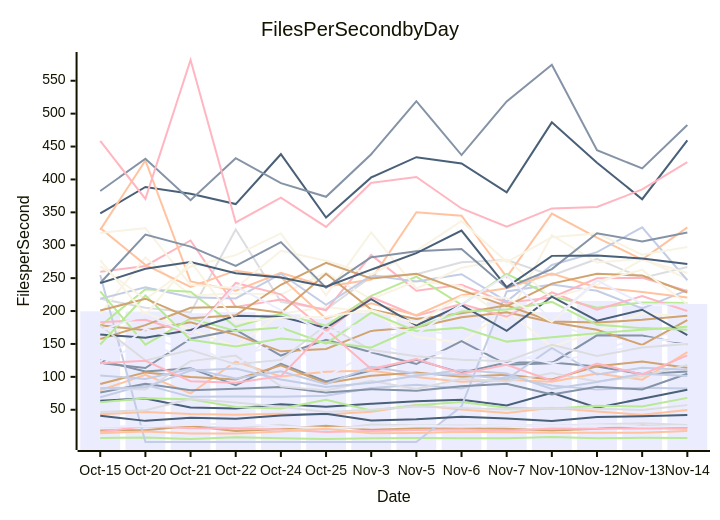
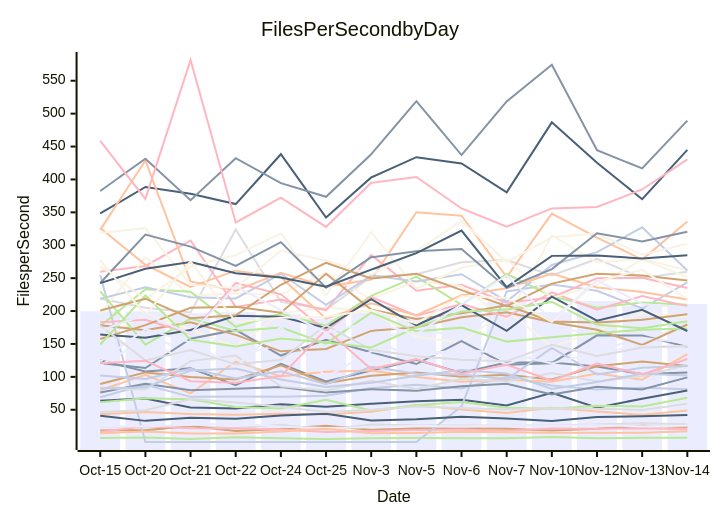
The diagram in perf-report.md (streetsidesoftware/cspell), drawn with Mermaid before and after one commit. The commit also changed other lines of this file and 2 other files, not shown here.

````diff
--- a/perf-report.md
+++ b/perf-report.md
@@ -11,57 +11,57 @@
 ```mermaid
 xychart-beta
     title Files Per Second by Day
     y-axis Files per Second
     x-axis Date [Oct-15, Oct-20, Oct-21, Oct-22, Oct-24, Oct-25, Nov-3, Nov-5, Nov-6, Nov-7, Nov-10, Nov-12, Nov-13, Nov-14]
-    bar [199.65, 199.37, 196.79, 198.31, 195.08, 188.50, 197.53, 191.30, 204.37, 213.67, 198.26, 215.23, 208.25, 210.70]
-    line [125.12, 108.27, 113.06, 87.44, 119.66, 93.04, 109.58, 126.12, 106.10, 121.67, 121.71, 115.58, 104.23, 108.00]
-    line [43.09, 46.53, 43.54, 42.59, 43.99, 42.66, 46.86, 57.12, 50.26, 44.96, 52.89, 47.17, 42.40, 49.65]
-    line [23.71, 23.43, 25.33, 21.92, 27.33, 19.75, 27.62, 26.37, 26.13, 26.22, 26.38, 27.41, 29.67, 26.79]
-    line [7.26, 7.96, 5.55, 8.36, 6.66, 5.63, 6.55, 6.95, 6.80, 6.70, 8.74, 6.68, 7.36, 6.93]
-    line [18.63, 18.81, 25.32, 17.74, 20.58, 25.51, 19.46, 21.60, 21.45, 21.30, 18.35, 21.09, 25.51, 22.98]
-    line [69.05, 88.06, 69.61, 70.25, 69.88, 71.42, 83.10, 87.87, 82.40, 100.31, 86.94, 80.60, 83.49, 82.39]
-    line [16.04, 25.16, 22.03, 21.51, 20.05, 16.33, 17.58, 19.22, 19.85, 18.09, 21.66, 21.06, 21.89, 20.95]
-    line [63.75, 67.15, 53.54, 51.87, 58.31, 54.40, 59.05, 63.00, 65.34, 56.44, 75.90, 53.22, 66.88, 80.38]
-    line [155.07, 196.36, 171.90, 145.85, 195.93, 206.22, 198.17, 161.08, 151.81, 202.09, 145.44, 169.46, 196.60, 191.52]
-    line [141.67, 160.22, 141.81, 166.38, 141.94, 145.19, 156.42, 171.45, 162.38, 206.93, 182.01, 158.84, 156.97, 172.39]
-    line [121.12, 113.50, 158.05, 171.36, 132.38, 156.15, 137.28, 119.47, 154.44, 118.56, 120.82, 163.18, 162.73, 149.34]
-    line [79.59, 103.01, 74.73, 123.30, 100.60, 107.93, 109.66, 99.65, 92.58, 95.73, 92.52, 104.99, 95.65, 137.55]
-    line [218.85, 204.99, 197.92, 323.88, 213.93, 202.52, 252.23, 256.11, 274.23, 277.54, 254.29, 279.19, 250.20, 267.06]
-    line [61.33, 67.41, 66.13, 54.31, 52.03, 65.25, 49.02, 56.78, 61.66, 53.00, 51.36, 56.25, 54.79, 68.05]
-    line [89.22, 106.77, 99.95, 95.97, 117.43, 90.38, 101.68, 106.46, 99.98, 103.28, 96.07, 116.03, 123.18, 113.91]
-    line [254.89, 1.00, 1.00, 1.00, 1.00, 1.00, 1.00, 1.00, 55.24, 229.88, 240.51, 230.78, 203.89, 231.87]
-    line [259.65, 268.53, 307.28, 206.33, 217.49, 201.10, 285.18, 230.89, 239.86, 212.69, 220.64, 249.81, 250.50, 230.64]
-    line [348.28, 388.55, 378.31, 362.57, 438.35, 342.13, 403.12, 433.88, 424.28, 380.40, 486.76, 425.45, 369.94, 459.37]
-    line [195.94, 281.48, 223.48, 226.53, 225.12, 258.41, 217.89, 245.63, 237.62, 186.76, 315.24, 273.68, 279.33, 249.33]
-    line [117.74, 156.35, 121.08, 131.79, 149.18, 160.21, 154.52, 129.77, 140.65, 119.71, 140.68, 139.42, 159.42, 152.41]
-    line [76.22, 89.41, 79.60, 82.04, 84.51, 76.34, 81.22, 78.86, 85.82, 89.51, 73.32, 84.82, 80.81, 104.71]
-    line [323.42, 429.01, 245.01, 230.93, 258.25, 236.94, 247.84, 350.22, 344.89, 251.52, 348.16, 311.63, 278.27, 327.24]
-    line [82.69, 80.94, 123.93, 132.34, 85.53, 79.17, 93.87, 81.75, 97.21, 92.97, 105.80, 92.86, 100.80, 118.18]
-    line [177.43, 233.06, 229.37, 176.10, 196.37, 177.90, 223.12, 252.36, 209.33, 256.35, 222.55, 205.03, 213.07, 212.24]
-    line [178.30, 170.91, 182.97, 163.77, 138.75, 142.39, 169.82, 175.50, 190.52, 198.14, 183.09, 171.50, 148.66, 186.30]
-    line [218.73, 236.08, 220.88, 219.16, 256.62, 209.53, 254.06, 244.83, 256.05, 214.61, 270.08, 289.61, 327.30, 246.84]
-    line [183.07, 186.73, 165.39, 242.72, 225.43, 169.80, 221.29, 193.06, 210.68, 191.30, 228.42, 202.21, 222.67, 200.11]
-    line [40.77, 33.11, 37.81, 36.24, 41.43, 44.03, 33.69, 35.67, 39.33, 36.78, 32.79, 39.05, 40.14, 41.95]
-    line [268.24, 217.93, 267.67, 285.04, 317.95, 223.78, 319.42, 234.42, 265.85, 278.09, 219.92, 239.43, 278.17, 257.79]
-    line [24.25, 24.95, 26.96, 29.32, 24.14, 22.37, 23.30, 25.53, 24.38, 26.29, 26.08, 26.42, 24.81, 24.76]
-    line [382.49, 431.43, 368.45, 432.30, 394.44, 373.62, 438.31, 518.91, 437.11, 518.64, 574.29, 444.36, 416.74, 482.89]
-    line [326.19, 270.15, 236.87, 261.40, 251.33, 188.47, 211.71, 193.66, 223.97, 234.72, 257.12, 235.87, 229.04, 220.58]
-    line [46.67, 49.27, 66.25, 61.14, 54.40, 46.46, 50.11, 54.79, 52.56, 50.32, 52.20, 51.35, 49.71, 57.04]
-    line [229.89, 148.98, 188.53, 169.56, 175.04, 150.51, 197.71, 169.15, 174.81, 153.55, 160.37, 166.32, 171.57, 176.33]
-    line [157.56, 178.54, 204.92, 206.57, 197.43, 256.60, 202.25, 187.81, 196.52, 208.74, 184.16, 182.55, 186.64, 192.74]
-    line [102.09, 96.85, 112.31, 97.68, 108.35, 88.82, 115.43, 104.61, 103.62, 96.31, 144.08, 103.66, 113.77, 110.72]
-    line [458.46, 370.45, 581.53, 334.74, 372.46, 327.93, 394.96, 403.82, 355.89, 328.31, 356.02, 358.21, 384.78, 426.26]
-    line [164.40, 159.49, 171.10, 192.78, 191.37, 174.29, 217.96, 178.42, 209.10, 170.02, 221.91, 185.33, 201.98, 163.41]
-    line [318.79, 326.00, 239.93, 235.04, 291.68, 276.40, 255.29, 291.36, 336.81, 274.44, 312.01, 318.04, 285.73, 297.26]
-    line [123.48, 172.40, 152.34, 114.90, 176.25, 99.39, 139.03, 134.52, 140.79, 136.42, 120.17, 137.59, 146.37, 150.65]
-    line [242.67, 316.16, 297.94, 268.60, 304.78, 235.63, 281.78, 290.77, 294.19, 235.16, 263.73, 318.29, 305.89, 319.28]
-    line [14.11, 17.05, 13.85, 14.03, 17.10, 21.05, 14.31, 14.75, 16.57, 15.81, 15.06, 15.24, 15.00, 17.72]
-    line [177.89, 125.02, 140.68, 119.01, 125.81, 178.69, 141.07, 131.24, 125.88, 123.88, 148.80, 131.70, 144.48, 150.06]
-    line [149.10, 223.58, 156.27, 146.04, 158.31, 152.20, 144.51, 175.00, 199.16, 202.30, 213.91, 179.15, 174.06, 171.69]
-    line [200.81, 218.77, 189.13, 193.68, 239.98, 273.35, 249.43, 256.58, 231.73, 207.54, 241.66, 256.57, 253.87, 228.22]
-    line [82.72, 84.05, 109.59, 112.56, 95.92, 84.60, 91.01, 101.64, 110.52, 105.15, 81.62, 92.24, 104.72, 101.18]
-    line [120.60, 124.47, 93.34, 91.16, 101.08, 171.93, 111.86, 126.91, 104.86, 118.31, 94.15, 120.34, 103.60, 132.71]
-    line [242.38, 264.24, 274.64, 257.62, 251.09, 236.85, 262.94, 287.92, 322.31, 236.45, 283.86, 284.35, 279.96, 271.41]
-    line [277.21, 193.99, 275.35, 183.43, 189.64, 191.38, 201.59, 181.36, 222.61, 220.01, 183.65, 245.06, 262.64, 210.22]
-    line [170.29, 194.31, 165.66, 237.49, 201.27, 167.00, 183.56, 164.82, 210.07, 254.11, 186.18, 246.80, 210.80, 210.07]
+    bar [199.65, 199.37, 196.79, 198.31, 195.08, 188.50, 197.53, 191.30, 204.37, 213.67, 198.26, 215.23, 208.25, 210.82]
+    line [125.12, 108.27, 113.06, 87.44, 119.66, 93.04, 109.58, 126.12, 106.10, 121.67, 121.71, 115.58, 104.23, 106.50]
+    line [43.09, 46.53, 43.54, 42.59, 43.99, 42.66, 46.86, 57.12, 50.26, 44.96, 52.89, 47.17, 42.40, 48.87]
+    line [23.71, 23.43, 25.33, 21.92, 27.33, 19.75, 27.62, 26.37, 26.13, 26.22, 26.38, 27.41, 29.67, 28.01]
+    line [7.26, 7.96, 5.55, 8.36, 6.66, 5.63, 6.55, 6.95, 6.80, 6.70, 8.74, 6.68, 7.36, 7.28]
+    line [18.63, 18.81, 25.32, 17.74, 20.58, 25.51, 19.46, 21.60, 21.45, 21.30, 18.35, 21.09, 25.51, 23.62]
+    line [69.05, 88.06, 69.61, 70.25, 69.88, 71.42, 83.10, 87.87, 82.40, 100.31, 86.94, 80.60, 83.49, 81.08]
+    line [16.04, 25.16, 22.03, 21.51, 20.05, 16.33, 17.58, 19.22, 19.85, 18.09, 21.66, 21.06, 21.89, 20.40]
+    line [63.75, 67.15, 53.54, 51.87, 58.31, 54.40, 59.05, 63.00, 65.34, 56.44, 75.90, 53.22, 66.88, 79.34]
+    line [155.07, 196.36, 171.90, 145.85, 195.93, 206.22, 198.17, 161.08, 151.81, 202.09, 145.44, 169.46, 196.60, 191.20]
+    line [141.67, 160.22, 141.81, 166.38, 141.94, 145.19, 156.42, 171.45, 162.38, 206.93, 182.01, 158.84, 156.97, 177.01]
+    line [121.12, 113.50, 158.05, 171.36, 132.38, 156.15, 137.28, 119.47, 154.44, 118.56, 120.82, 163.18, 162.73, 145.60]
+    line [79.59, 103.01, 74.73, 123.30, 100.60, 107.93, 109.66, 99.65, 92.58, 95.73, 92.52, 104.99, 95.65, 134.65]
+    line [218.85, 204.99, 197.92, 323.88, 213.93, 202.52, 252.23, 256.11, 274.23, 277.54, 254.29, 279.19, 250.20, 259.75]
+    line [61.33, 67.41, 66.13, 54.31, 52.03, 65.25, 49.02, 56.78, 61.66, 53.00, 51.36, 56.25, 54.79, 68.17]
+    line [89.22, 106.77, 99.95, 95.97, 117.43, 90.38, 101.68, 106.46, 99.98, 103.28, 96.07, 116.03, 123.18, 116.39]
+    line [254.89, 1.00, 1.00, 1.00, 1.00, 1.00, 1.00, 1.00, 55.24, 229.88, 240.51, 230.78, 203.89, 243.63]
+    line [259.65, 268.53, 307.28, 206.33, 217.49, 201.10, 285.18, 230.89, 239.86, 212.69, 220.64, 249.81, 250.50, 234.95]
+    line [348.28, 388.55, 378.31, 362.57, 438.35, 342.13, 403.12, 433.88, 424.28, 380.40, 486.76, 425.45, 369.94, 444.86]
+    line [195.94, 281.48, 223.48, 226.53, 225.12, 258.41, 217.89, 245.63, 237.62, 186.76, 315.24, 273.68, 279.33, 261.66]
+    line [117.74, 156.35, 121.08, 131.79, 149.18, 160.21, 154.52, 129.77, 140.65, 119.71, 140.68, 139.42, 159.42, 151.36]
+    line [76.22, 89.41, 79.60, 82.04, 84.51, 76.34, 81.22, 78.86, 85.82, 89.51, 73.32, 84.82, 80.81, 99.19]
+    line [323.42, 429.01, 245.01, 230.93, 258.25, 236.94, 247.84, 350.22, 344.89, 251.52, 348.16, 311.63, 278.27, 336.11]
+    line [82.69, 80.94, 123.93, 132.34, 85.53, 79.17, 93.87, 81.75, 97.21, 92.97, 105.80, 92.86, 100.80, 118.00]
+    line [177.43, 233.06, 229.37, 176.10, 196.37, 177.90, 223.12, 252.36, 209.33, 256.35, 222.55, 205.03, 213.07, 209.57]
+    line [178.30, 170.91, 182.97, 163.77, 138.75, 142.39, 169.82, 175.50, 190.52, 198.14, 183.09, 171.50, 148.66, 179.60]
+    line [218.73, 236.08, 220.88, 219.16, 256.62, 209.53, 254.06, 244.83, 256.05, 214.61, 270.08, 289.61, 327.30, 261.54]
+    line [183.07, 186.73, 165.39, 242.72, 225.43, 169.80, 221.29, 193.06, 210.68, 191.30, 228.42, 202.21, 222.67, 207.51]
+    line [40.77, 33.11, 37.81, 36.24, 41.43, 44.03, 33.69, 35.67, 39.33, 36.78, 32.79, 39.05, 40.14, 41.86]
+    line [268.24, 217.93, 267.67, 285.04, 317.95, 223.78, 319.42, 234.42, 265.85, 278.09, 219.92, 239.43, 278.17, 251.99]
+    line [24.25, 24.95, 26.96, 29.32, 24.14, 22.37, 23.30, 25.53, 24.38, 26.29, 26.08, 26.42, 24.81, 25.86]
+    line [382.49, 431.43, 368.45, 432.30, 394.44, 373.62, 438.31, 518.91, 437.11, 518.64, 574.29, 444.36, 416.74, 489.48]
+    line [326.19, 270.15, 236.87, 261.40, 251.33, 188.47, 211.71, 193.66, 223.97, 234.72, 257.12, 235.87, 229.04, 217.57]
+    line [46.67, 49.27, 66.25, 61.14, 54.40, 46.46, 50.11, 54.79, 52.56, 50.32, 52.20, 51.35, 49.71, 59.15]
+    line [229.89, 148.98, 188.53, 169.56, 175.04, 150.51, 197.71, 169.15, 174.81, 153.55, 160.37, 166.32, 171.57, 173.57]
+    line [157.56, 178.54, 204.92, 206.57, 197.43, 256.60, 202.25, 187.81, 196.52, 208.74, 184.16, 182.55, 186.64, 195.17]
+    line [102.09, 96.85, 112.31, 97.68, 108.35, 88.82, 115.43, 104.61, 103.62, 96.31, 144.08, 103.66, 113.77, 116.66]
+    line [458.46, 370.45, 581.53, 334.74, 372.46, 327.93, 394.96, 403.82, 355.89, 328.31, 356.02, 358.21, 384.78, 430.42]
+    line [164.40, 159.49, 171.10, 192.78, 191.37, 174.29, 217.96, 178.42, 209.10, 170.02, 221.91, 185.33, 201.98, 169.69]
+    line [318.79, 326.00, 239.93, 235.04, 291.68, 276.40, 255.29, 291.36, 336.81, 274.44, 312.01, 318.04, 285.73, 302.25]
+    line [123.48, 172.40, 152.34, 114.90, 176.25, 99.39, 139.03, 134.52, 140.79, 136.42, 120.17, 137.59, 146.37, 146.54]
+    line [242.67, 316.16, 297.94, 268.60, 304.78, 235.63, 281.78, 290.77, 294.19, 235.16, 263.73, 318.29, 305.89, 320.49]
+    line [14.11, 17.05, 13.85, 14.03, 17.10, 21.05, 14.31, 14.75, 16.57, 15.81, 15.06, 15.24, 15.00, 17.22]
+    line [177.89, 125.02, 140.68, 119.01, 125.81, 178.69, 141.07, 131.24, 125.88, 123.88, 148.80, 131.70, 144.48, 146.46]
+    line [149.10, 223.58, 156.27, 146.04, 158.31, 152.20, 144.51, 175.00, 199.16, 202.30, 213.91, 179.15, 174.06, 184.56]
+    line [200.81, 218.77, 189.13, 193.68, 239.98, 273.35, 249.43, 256.58, 231.73, 207.54, 241.66, 256.57, 253.87, 246.51]
+    line [82.72, 84.05, 109.59, 112.56, 95.92, 84.60, 91.01, 101.64, 110.52, 105.15, 81.62, 92.24, 104.72, 102.11]
+    line [120.60, 124.47, 93.34, 91.16, 101.08, 171.93, 111.86, 126.91, 104.86, 118.31, 94.15, 120.34, 103.60, 127.14]
+    line [242.38, 264.24, 274.64, 257.62, 251.09, 236.85, 262.94, 287.92, 322.31, 236.45, 283.86, 284.35, 279.96, 284.82]
+    line [277.21, 193.99, 275.35, 183.43, 189.64, 191.38, 201.59, 181.36, 222.61, 220.01, 183.65, 245.06, 262.64, 218.43]
+    line [170.29, 194.31, 165.66, 237.49, 201.27, 167.00, 183.56, 164.82, 210.07, 254.11, 186.18, 246.80, 210.80, 204.64]
 ```
````
